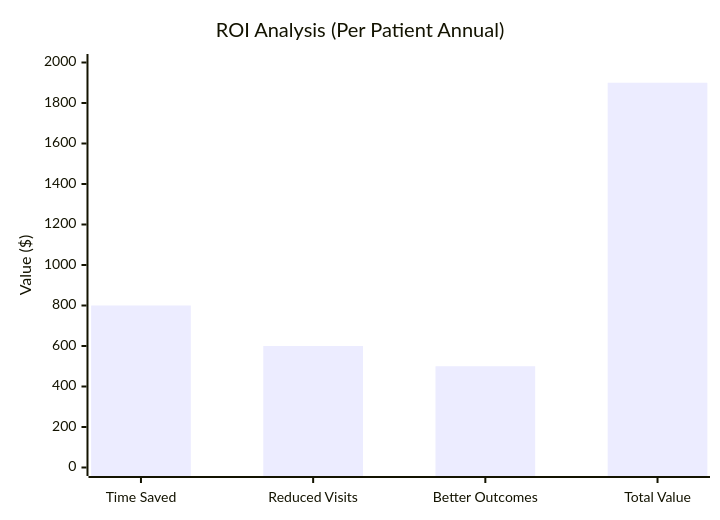
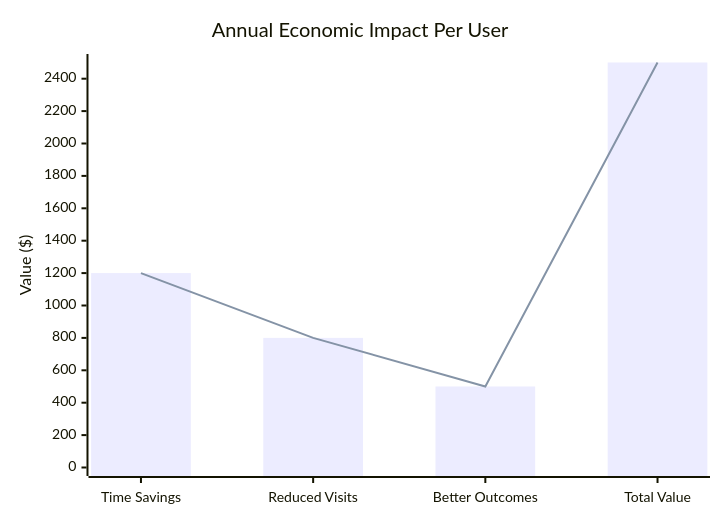
Diagram 11 of 18 in README.md (Iceman-Dann/Medly), drawn with Mermaid before and after one commit. The commit also changed other lines of this file, not shown here.

Commit message:
Fix broken charts and create advanced informative visualizations

````diff
--- a/README.md
+++ b/README.md
@@ -166,7 +182,8 @@
 ```mermaid
 xychart-beta
-    title "ROI Analysis (Per Patient Annual)"
-    x-axis ["Time Saved", "Reduced Visits", "Better Outcomes", "Total Value"]
-    y-axis "Value ($)" 0 --> 2000
-    bar [800, 600, 500, 1900]
+    title "Annual Economic Impact Per User"
+    x-axis ["Time Savings", "Reduced Visits", "Better Outcomes", "Total Value"]
+    y-axis "Value ($)" 0 --> 2500
+    bar [1200, 800, 500, 2500]
+    line [1200, 800, 500, 2500]
 ```
````
